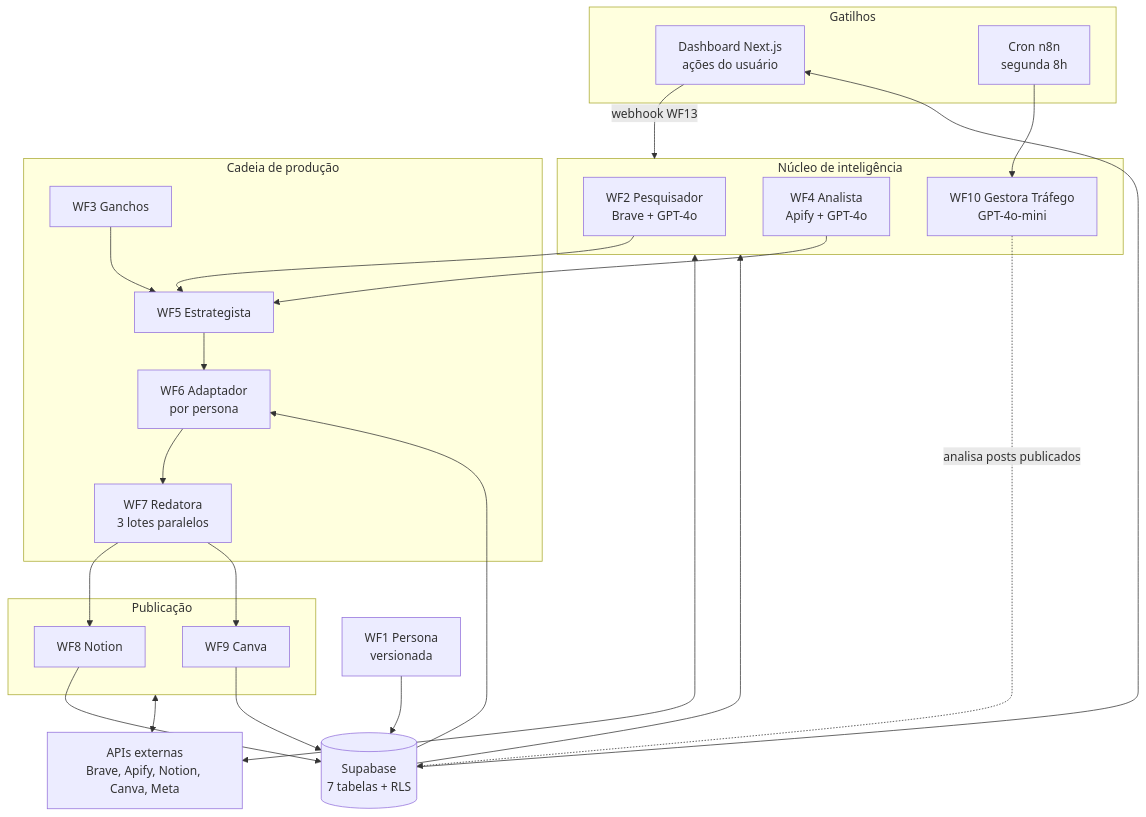
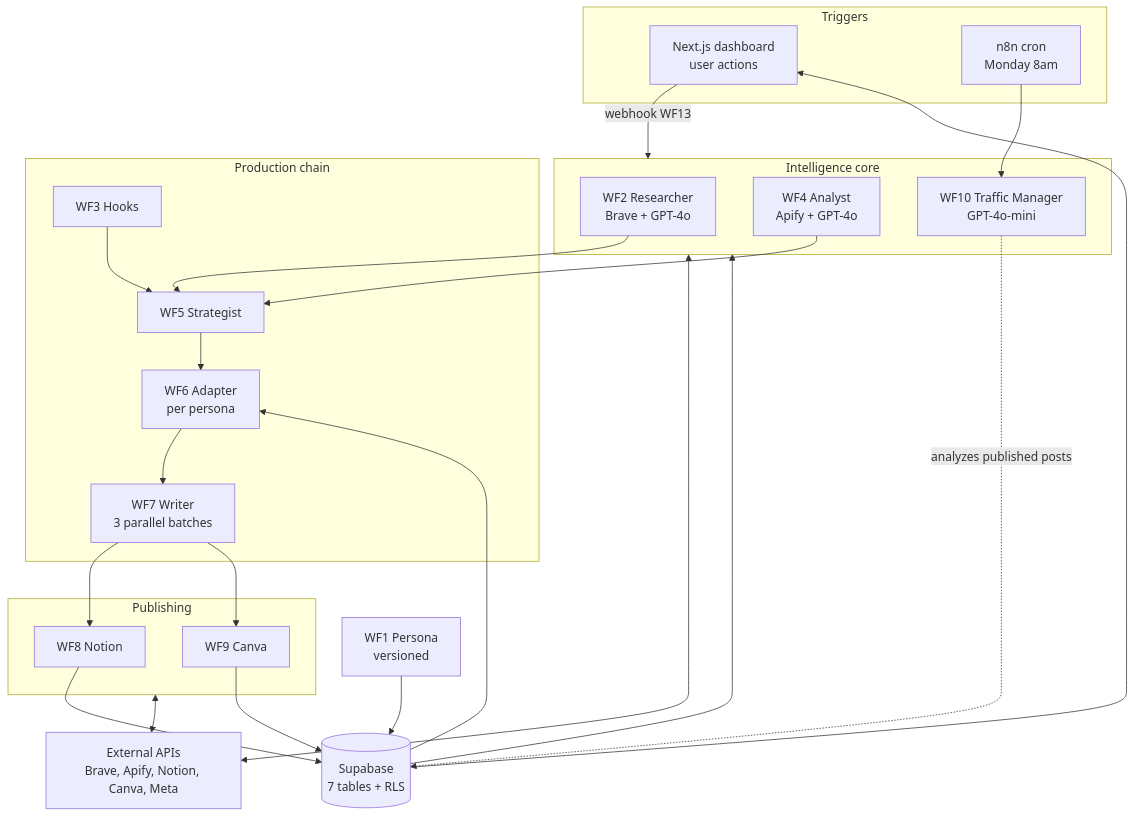
One commit to Guilherme-Bosco/MNSCreator-Showcase changed the diagram in README.md. Above: the diagram before and after it, drawn with Mermaid. The commit also changed other lines of this file, not shown here.

````diff
--- a/README.md
+++ b/README.md
@@ -75,54 +75,54 @@
 ```mermaid
 flowchart TB
-    subgraph Gatilhos["Gatilhos"]
-        Dashboard["Dashboard Next.js<br/>ações do usuário"]
-        Cron["Cron n8n<br/>segunda 8h"]
+    subgraph Gatilhos["Triggers"]
+        Dashboard["Next.js dashboard<br/>user actions"]
+        Cron["n8n cron<br/>Monday 8am"]
     end
 
-    subgraph Inteligencia["Núcleo de inteligência"]
-        WF2["WF2 Pesquisador<br/>Brave + GPT-4o"]
-        WF4["WF4 Analista<br/>Apify + GPT-4o"]
-        WF10["WF10 Gestora Tráfego<br/>GPT-4o-mini"]
+    subgraph Inteligencia["Intelligence core"]
+        WF2["WF2 Researcher<br/>Brave + GPT-4o"]
+        WF4["WF4 Analyst<br/>Apify + GPT-4o"]
+        WF10["WF10 Traffic Manager<br/>GPT-4o-mini"]
     end
 
-    subgraph Producao["Cadeia de produção"]
-        WF3["WF3 Ganchos"]
-        WF5["WF5 Estrategista"]
-        WF6["WF6 Adaptador<br/>por persona"]
-        WF7["WF7 Redatora<br/>3 lotes paralelos"]
+    subgraph Producao["Production chain"]
+        WF3["WF3 Hooks"]
+        WF5["WF5 Strategist"]
+        WF6["WF6 Adapter<br/>per persona"]
+        WF7["WF7 Writer<br/>3 parallel batches"]
     end
 
-    subgraph Publicacao["Publicação"]
+    subgraph Publicacao["Publishing"]
         WF8["WF8 Notion"]
         WF9["WF9 Canva"]
     end
 
-    Supabase[("Supabase<br/>7 tabelas + RLS")]
-    Persona["WF1 Persona<br/>versionada"]
+    Supabase[("Supabase<br/>7 tables + RLS")]
+    Persona["WF1 Persona<br/>versioned"]
 
-    Externas["APIs externas<br/>Brave, Apify, Notion, Canva, Meta"]
+    Externas["External APIs<br/>Brave, Apify, Notion, Canva, Meta"]
 
     Dashboard -->|webhook WF13| Inteligencia
     Cron --> WF10
 
     Persona --> Supabase
     Supabase --> WF6
     Supabase --> Inteligencia
 
     WF2 --> WF5
     WF4 --> WF5
     WF3 --> WF5
     WF5 --> WF6
     WF6 --> WF7
     WF7 --> WF8
     WF7 --> WF9
     WF8 --> Supabase
     WF9 --> Supabase
 
-    WF10 -.->|analisa posts publicados| Supabase
+    WF10 -.->|analyzes published posts| Supabase
 
     Inteligencia <--> Externas
     Publicacao <--> Externas
 
     Supabase --> Dashboard
 ```
````
